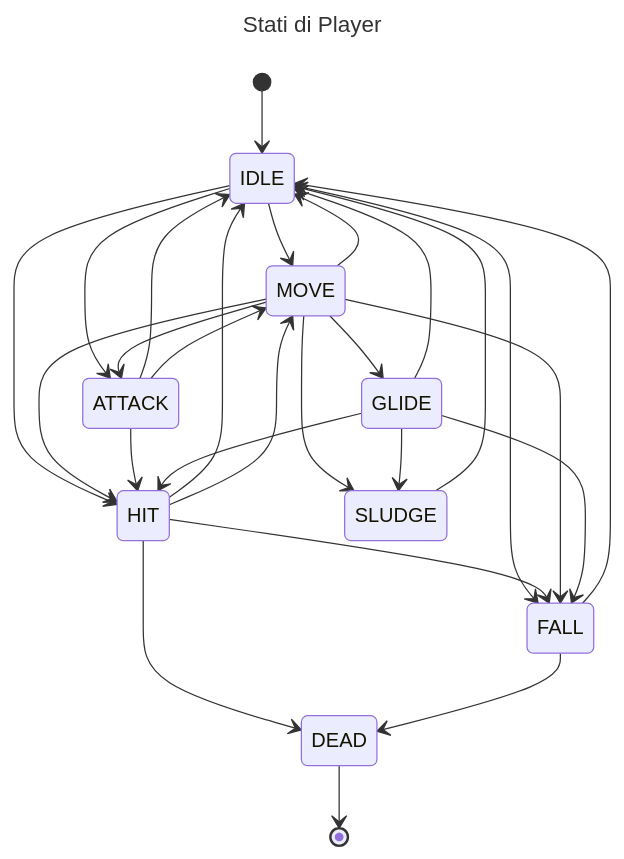
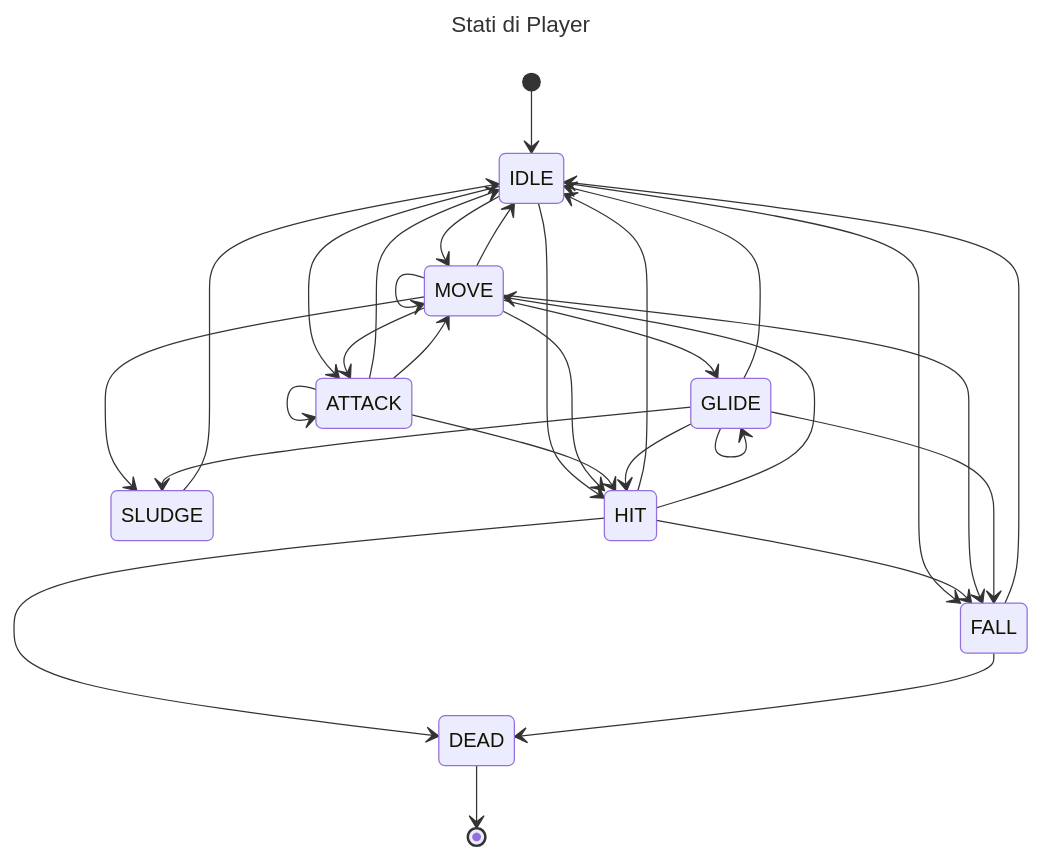
Before and after one commit to bytestrick/chevy: the second of 4 diagrams in README.md, drawn with Mermaid. The commit also changed other lines of this file and 32 other files, not shown here.

````diff
--- a/README.md
+++ b/README.md
@@ -147,32 +93,35 @@
 ```mermaid
 ---
 title: Stati di Player
 ---
 stateDiagram-v2
     [*] --> IDLE
     IDLE --> MOVE
     IDLE --> ATTACK
     IDLE --> HIT
     IDLE --> FALL
     HIT --> IDLE
     HIT --> DEAD
     HIT --> MOVE
     HIT --> FALL
     MOVE --> GLIDE
     MOVE --> HIT
     MOVE --> FALL
     MOVE --> SLUDGE
     MOVE --> IDLE
     MOVE --> ATTACK
+    MOVE --> MOVE
     ATTACK --> IDLE
     ATTACK --> MOVE
     ATTACK --> HIT
+    ATTACK --> ATTACK
     GLIDE --> IDLE
     GLIDE --> FALL
     GLIDE --> HIT
     GLIDE --> SLUDGE
+    GLIDE --> GLIDE
     SLUDGE --> IDLE
     FALL --> IDLE
     FALL --> DEAD
     DEAD --> [*]
 ```
````
